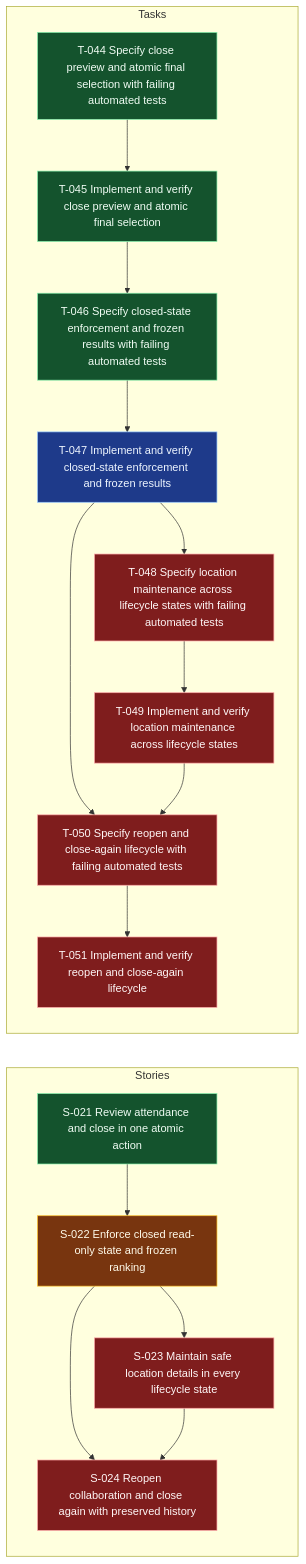
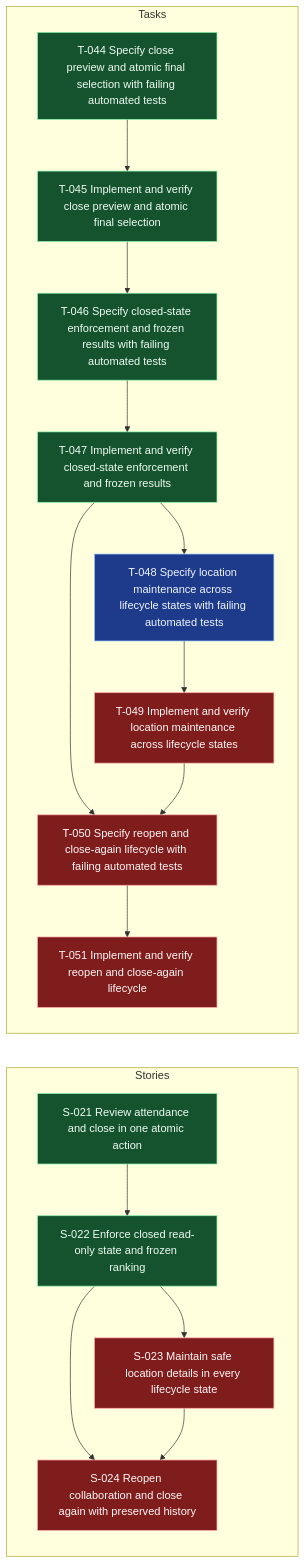
One commit to andybalham/invite-agent changed the diagram in .worktracker/graphs/E-007.mmd. Above: the diagram before and after it, drawn with Mermaid. The commit also changed 10 other files, not shown here.

Commit message:
feat: finalize closed-state enforcement and update related tests and documentation

```diff
--- a/.worktracker/graphs/E-007.mmd
+++ b/.worktracker/graphs/E-007.mmd
@@ -1,46 +1,46 @@
 graph LR
   classDef done fill:#14532d,stroke:#86efac,color:#f0fdf4;
   classDef blocked fill:#7f1d1d,stroke:#fca5a5,color:#fff7f7;
   classDef inprogress fill:#78350f,stroke:#fbbf24,color:#fffbeb;
   classDef todo fill:#1e3a8a,stroke:#93c5fd,color:#eff6ff;
   classDef empty fill:#374151,stroke:#d1d5db,color:#f9fafb,stroke-dasharray: 3 3;
   subgraph Stories
     S021["S-021 Review attendance and close in one atomic action"]:::done
-    S022["S-022 Enforce closed read-only state and frozen ranking"]:::inprogress
+    S022["S-022 Enforce closed read-only state and frozen ranking"]:::done
     S023["S-023 Maintain safe location details in every lifecycle state"]:::blocked
     S024["S-024 Reopen collaboration and close again with preserved history"]:::blocked
     S021 --> S022
     S022 --> S023
     S022 --> S024
     S023 --> S024
   end
   subgraph Tasks
     T044["T-044 Specify close preview and atomic final selection with failing automated tests"]:::done
     T045["T-045 Implement and verify close preview and atomic final selection"]:::done
     T046["T-046 Specify closed-state enforcement and frozen results with failing automated tests"]:::done
-    T047["T-047 Implement and verify closed-state enforcement and frozen results"]:::todo
-    T048["T-048 Specify location maintenance across lifecycle states with failing automated tests"]:::blocked
+    T047["T-047 Implement and verify closed-state enforcement and frozen results"]:::done
+    T048["T-048 Specify location maintenance across lifecycle states with failing automated tests"]:::todo
     T049["T-049 Implement and verify location maintenance across lifecycle states"]:::blocked
     T050["T-050 Specify reopen and close-again lifecycle with failing automated tests"]:::blocked
     T051["T-051 Implement and verify reopen and close-again lifecycle"]:::blocked
     T044 --> T045
     T045 --> T046
     T046 --> T047
     T047 --> T048
     T047 --> T050
     T048 --> T049
     T049 --> T050
     T050 --> T051
   end
   click S021 "../entities/S-021-review-attendance-and-close-in-one-atomic-action.md"
   click S022 "../entities/S-022-enforce-closed-read-only-state-and-frozen-ranking.md"
   click S023 "../entities/S-023-maintain-safe-location-details-in-every-lifecycle-state.md"
   click S024 "../entities/S-024-reopen-collaboration-and-close-again-with-preserved-history.md"
   click T044 "../entities/T-044-specify-close-preview-and-atomic-final-selection-with-failing-automated-tests.md"
   click T045 "../entities/T-045-implement-and-verify-close-preview-and-atomic-final-selection.md"
   click T046 "../entities/T-046-specify-closed-state-enforcement-and-frozen-results-with-failing-automated-tests.md"
   click T047 "../entities/T-047-implement-and-verify-closed-state-enforcement-and-frozen-results.md"
   click T048 "../entities/T-048-specify-location-maintenance-across-lifecycle-states-with-failing-automated-tests.md"
   click T049 "../entities/T-049-implement-and-verify-location-maintenance-across-lifecycle-states.md"
   click T050 "../entities/T-050-specify-reopen-and-close-again-lifecycle-with-failing-automated-tests.md"
   click T051 "../entities/T-051-implement-and-verify-reopen-and-close-again-lifecycle.md"
```
